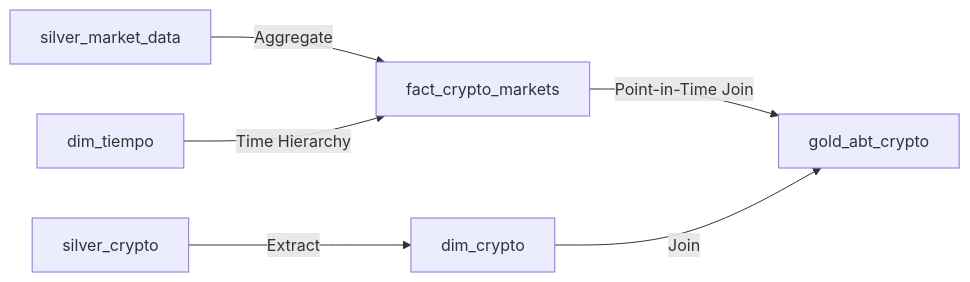
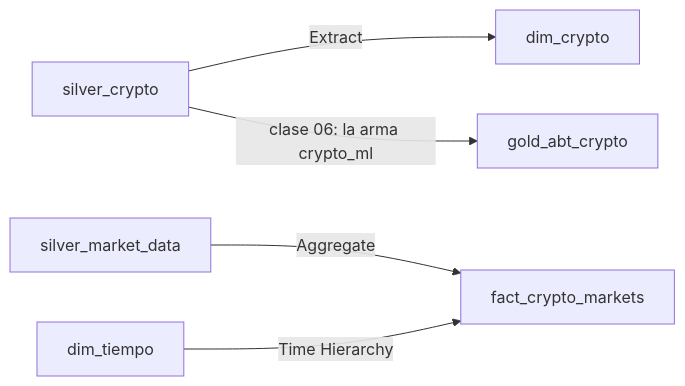
Before and after one commit to juansokil/LCD-InfraCienciaDatos: the second of 2 diagrams in clase05/README.md, drawn with Mermaid. The commit also changed other lines of this file and 9 other files, not shown here.

````diff
--- a/clase05/README.md
+++ b/clase05/README.md
@@ -62,9 +62,8 @@
 ```mermaid
 graph LR
     S1[silver_crypto] -->|Extract| D1[dim_crypto]
     S2[silver_market_data] -->|Aggregate| F1[fact_crypto_markets]
     S3[dim_tiempo] -->|Time Hierarchy| F1
 
-    F1 -->|Point-in-Time Join| A[gold_abt_crypto]
-    D1 -->|Join| A
+    S1 -->|clase 06: la arma crypto_ml| A[gold_abt_crypto]
 ```
````
